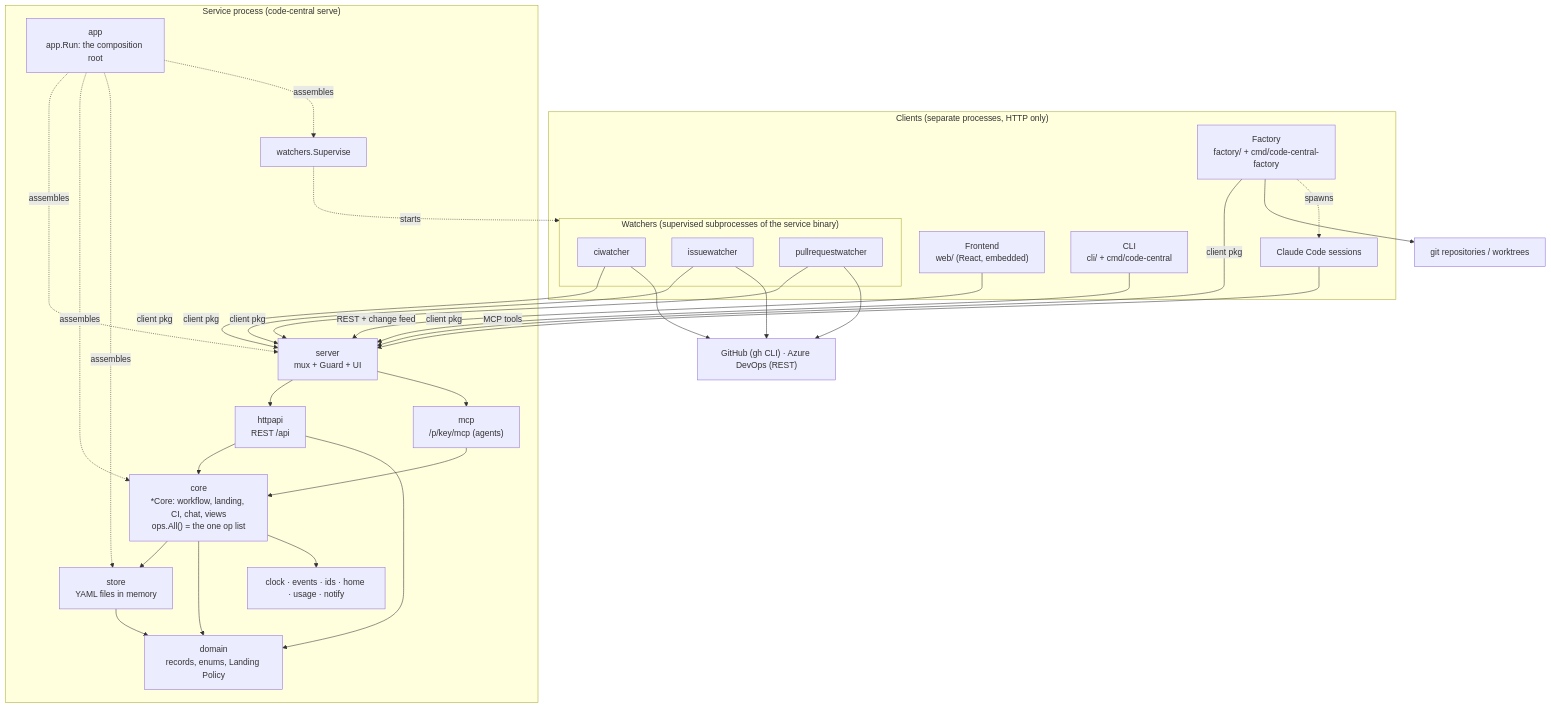
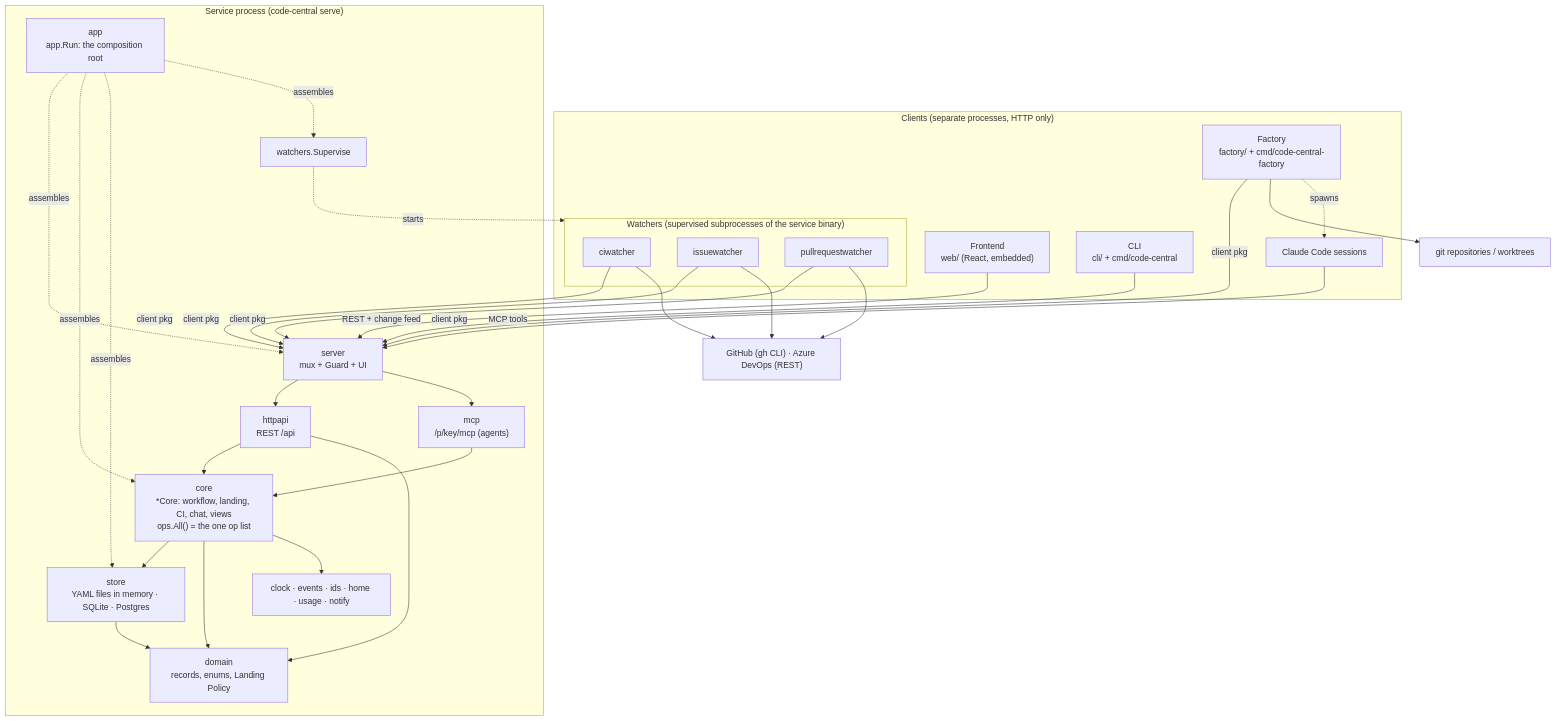
One commit to tomphp/code-central changed the diagram in docs/architecture.md. Above: the diagram before and after it, drawn with Mermaid. The commit also changed other lines of this file and 24 other files, not shown here.

````diff
--- a/docs/architecture.md
+++ b/docs/architecture.md
@@ -11,47 +11,47 @@
 ```mermaid
 flowchart TB
   subgraph Clients["Clients (separate processes, HTTP only)"]
     UI["Frontend<br/>web/ (React, embedded)"]
     CLI["CLI<br/>cli/ + cmd/code-central"]
     FAC["Factory<br/>factory/ + cmd/code-central-factory"]
     subgraph W["Watchers (supervised subprocesses of the service binary)"]
       CIW["ciwatcher"]
       ISW["issuewatcher"]
       PRW["pullrequestwatcher"]
     end
     AGENT["Claude Code sessions"]
   end
 
   subgraph Service["Service process (code-central serve)"]
     APP["app<br/>app.Run: the composition root"]
     FD["server<br/>mux + Guard + UI"]
     API["httpapi<br/>REST /api"]
     MCP["mcp<br/>/p/key/mcp (agents)"]
     CORE["core<br/>*Core: workflow, landing, CI, chat, views<br/>ops.All() = the one op list"]
     DOMAIN["domain<br/>records, enums, Landing Policy"]
-    STORE["store<br/>YAML files in memory"]
+    STORE["store<br/>YAML files in memory · SQLite · Postgres"]
     SUP["watchers.Supervise"]
     SIDE["clock · events · ids · home · usage · notify"]
   end
 
   EXT["GitHub (gh CLI) · Azure DevOps (REST)"]
   GIT["git repositories / worktrees"]
 
   UI -->|REST + change feed| FD
   CLI -->|client pkg| FD
   FAC -->|client pkg| FD
   CIW & ISW & PRW -->|client pkg| FD
   AGENT -->|MCP tools| FD
   APP -.assembles.-> FD & CORE & STORE & SUP
   FD --> API --> CORE
   FD --> MCP --> CORE
   CORE --> STORE
   CORE --> DOMAIN
   STORE --> DOMAIN
   API --> DOMAIN
   CORE --> SIDE
   SUP -.starts.-> W
   FAC --> GIT
   FAC -.spawns.-> AGENT
   CIW & ISW & PRW --> EXT
 ```
````
